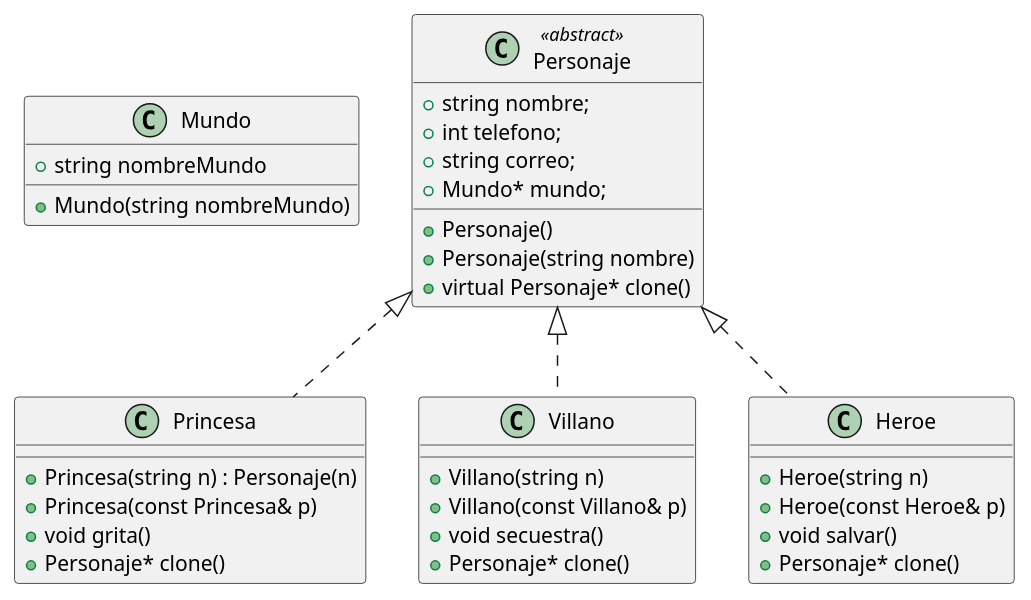
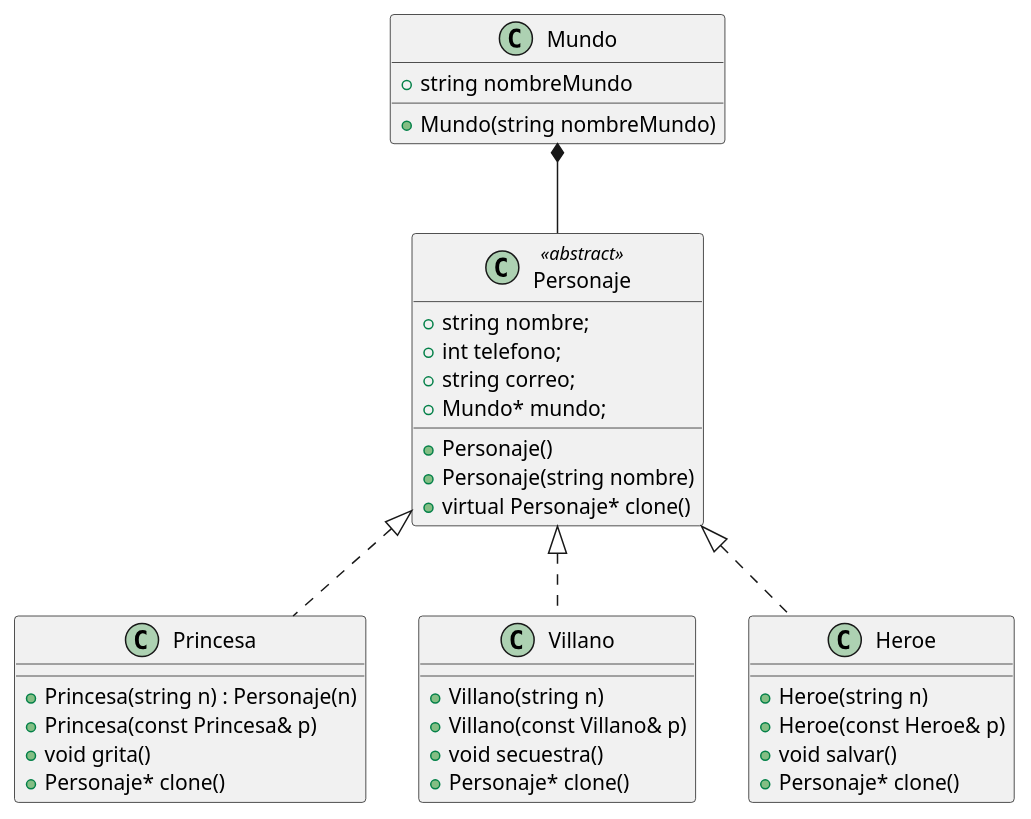
Before and after one commit to Mricoz/AMSS-MRico: the diagram in Clase/Prototype/classPrototype.puml, drawn with PlantUML. The commit also changed 4 other files, not shown here.

```diff
--- a/Clase/Prototype/classPrototype.puml
+++ b/Clase/Prototype/classPrototype.puml
@@ -1,37 +1,38 @@
 @startuml
     Class Mundo{
         +string nombreMundo
         +Mundo(string nombreMundo)
     }
     Class Personaje<<abstract>>{
         +string nombre;
         +int telefono;
         +string correo;
         +Mundo* mundo;
         +Personaje()
         +Personaje(string nombre)
         +virtual Personaje* clone()
     }
     Class Princesa{
         +Princesa(string n) : Personaje(n)
         +Princesa(const Princesa& p)
         +void grita()
         +Personaje* clone()
     }
     Class Villano{
         +Villano(string n)
         +Villano(const Villano& p)
         +void secuestra()
         +Personaje* clone()
     }
     Class Heroe{
         +Heroe(string n)
         +Heroe(const Heroe& p)
         +void salvar()
         +Personaje* clone()
     }
 
 Personaje <|.. Princesa
 Personaje <|.. Villano
 Personaje <|.. Heroe
+Mundo *-- Personaje
 @enduml
```
